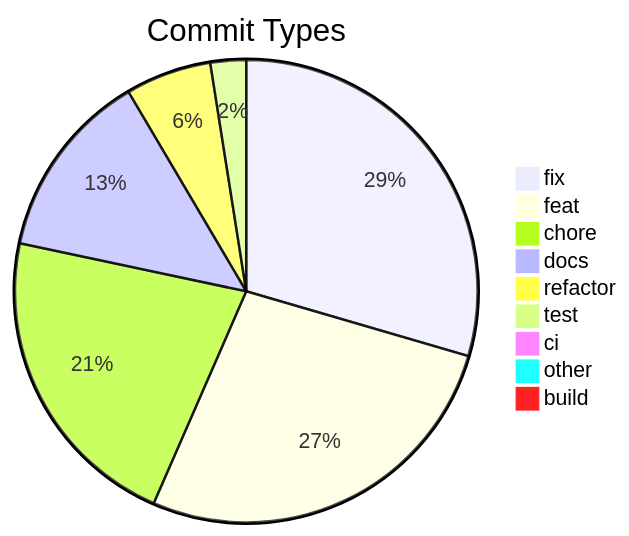
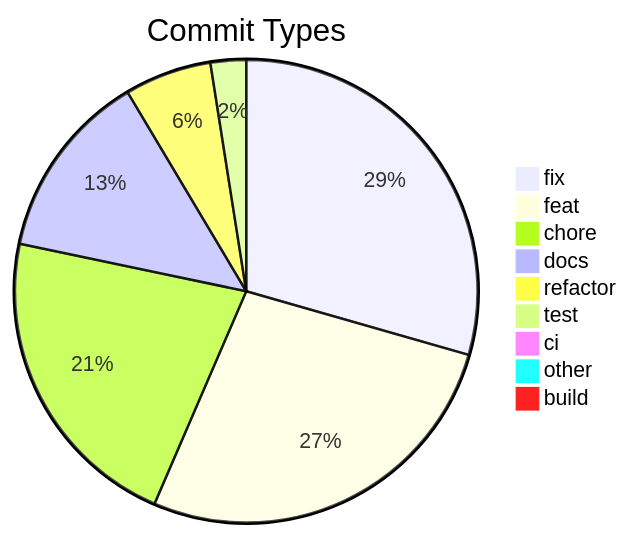
The diagram in .shipwright/compliance/change-history.md (svenroth-ai/shipwright), drawn with Mermaid before and after one commit. The commit also changed other lines of this file and 29 other files, not shown here.

````diff
--- a/.shipwright/compliance/change-history.md
+++ b/.shipwright/compliance/change-history.md
@@ -8,12 +8,12 @@
 ```mermaid
 pie title Commit Types
     "fix" : 320
-    "feat" : 293
-    "chore" : 236
+    "feat" : 294
+    "chore" : 237
     "docs" : 143
-    "refactor" : 65
+    "refactor" : 66
     "test" : 27
     "ci" : 11
     "other" : 7
     "build" : 1
 ```
````
